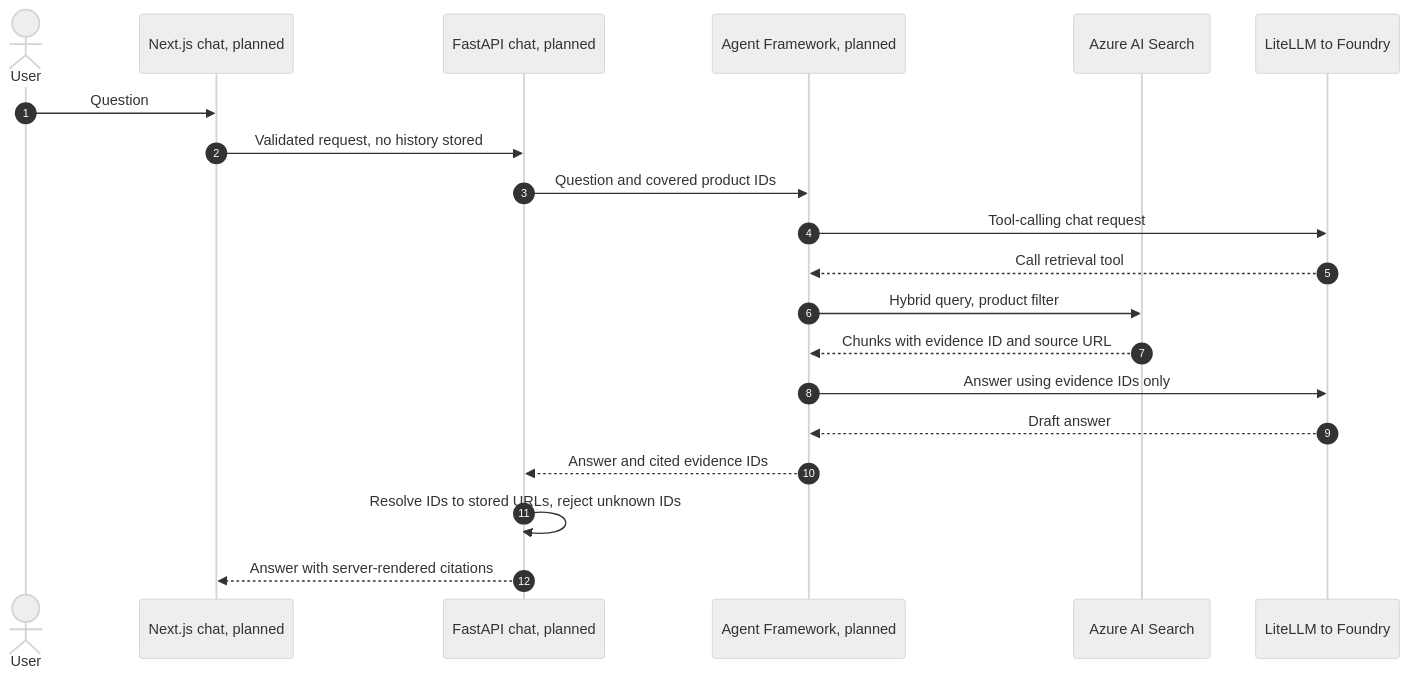
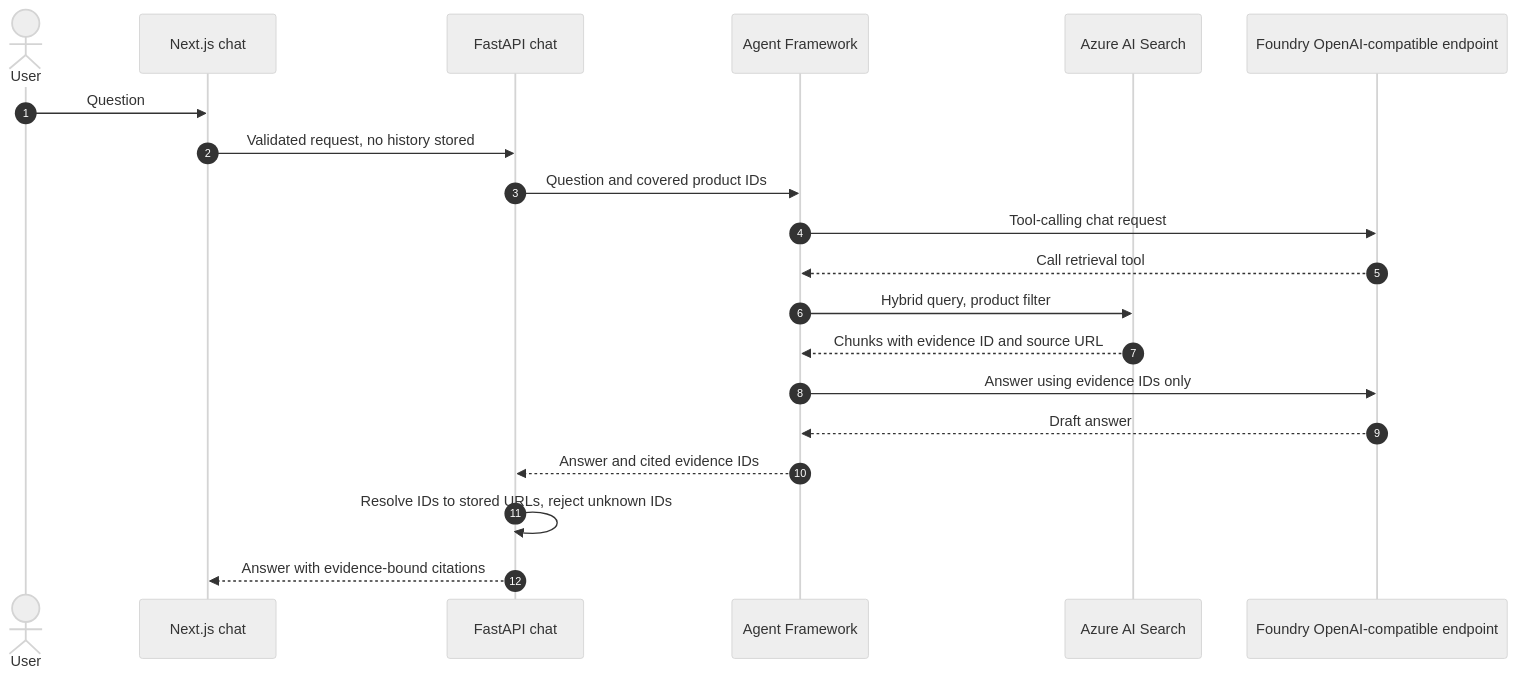
One commit to ubk1004/product-support-agent changed the sixth of 9 diagrams in docs/architecture/architecture-overview.md. Above: the diagram before and after it, drawn with Mermaid (neutral theme). The commit also changed other lines of this file and 31 other files, not shown here.

````diff
--- a/docs/architecture/architecture-overview.md
+++ b/docs/architecture/architecture-overview.md
@@ -250,23 +250,23 @@
 ```mermaid
 sequenceDiagram
     autonumber
     actor User
-    participant UI as Next.js chat, planned
-    participant API as FastAPI chat, planned
-    participant Agent as Agent Framework, planned
+    participant UI as Next.js chat
+    participant API as FastAPI chat
+    participant Agent as Agent Framework
     participant Search as Azure AI Search
-    participant GW as LiteLLM to Foundry
+    participant Foundry as Foundry OpenAI-compatible endpoint
 
     User->>UI: Question
     UI->>API: Validated request, no history stored
     API->>Agent: Question and covered product IDs
-    Agent->>GW: Tool-calling chat request
-    GW-->>Agent: Call retrieval tool
+    Agent->>Foundry: Tool-calling chat request
+    Foundry-->>Agent: Call retrieval tool
     Agent->>Search: Hybrid query, product filter
     Search-->>Agent: Chunks with evidence ID and source URL
-    Agent->>GW: Answer using evidence IDs only
-    GW-->>Agent: Draft answer
+    Agent->>Foundry: Answer using evidence IDs only
+    Foundry-->>Agent: Draft answer
     Agent-->>API: Answer and cited evidence IDs
     API->>API: Resolve IDs to stored URLs, reject unknown IDs
-    API-->>UI: Answer with server-rendered citations
+    API-->>UI: Answer with evidence-bound citations
 ```
````
